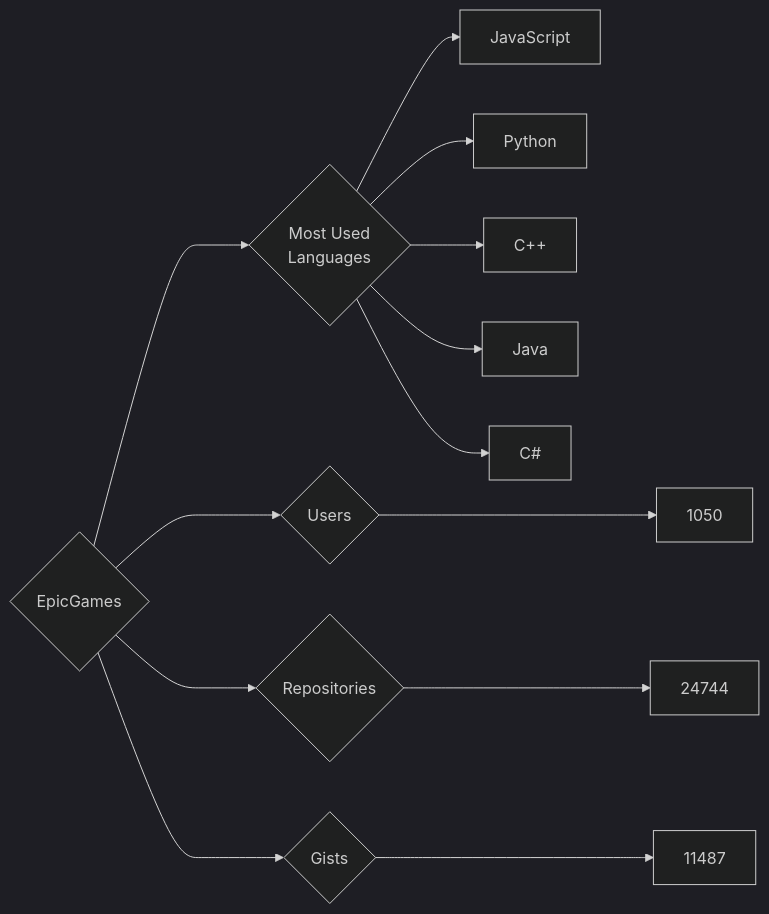
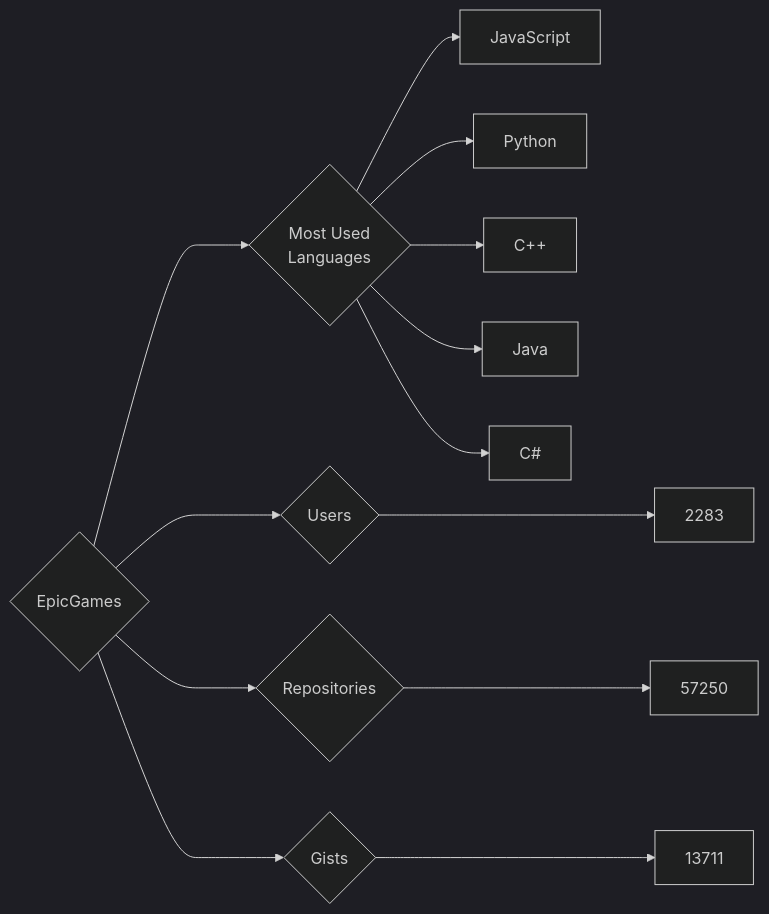
The diagram in targets/EpicGames/README.md (trickest/insiders), drawn with Mermaid (dark theme) before and after one commit. The commit also changed 1195 other files, not shown here.

````diff
--- a/targets/EpicGames/README.md
+++ b/targets/EpicGames/README.md
@@ -3,13 +3,13 @@
 ```mermaid
 graph LR
 COMPANY_NAME{EpicGames}
-COMPANY_NAME ---> U{Users} ---> UN[1050]
-COMPANY_NAME ---> R{Repositories} ---> RN[24744]
-COMPANY_NAME ---> G{Gists} ---> GN[11487]
+COMPANY_NAME ---> U{Users} ---> UN[2283]
+COMPANY_NAME ---> R{Repositories} ---> RN[57250]
+COMPANY_NAME ---> G{Gists} ---> GN[13711]
 COMPANY_NAME ---> ML{Most Used<br>Languages}
 ML --> JavaScript[JavaScript]
 ML --> Python[Python]
 ML --> C++[C++]
 ML --> Java[Java]
 ML --> C#[C#]
 ```
````
